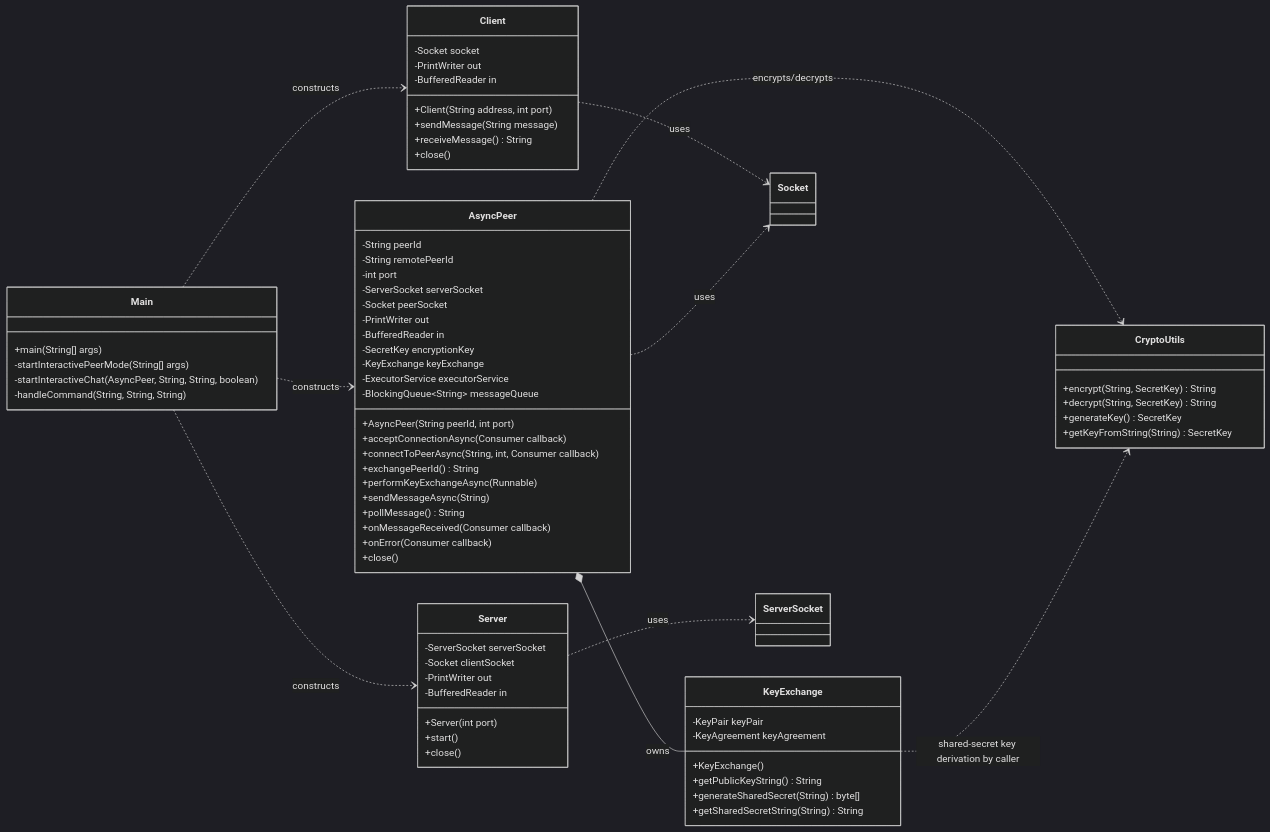
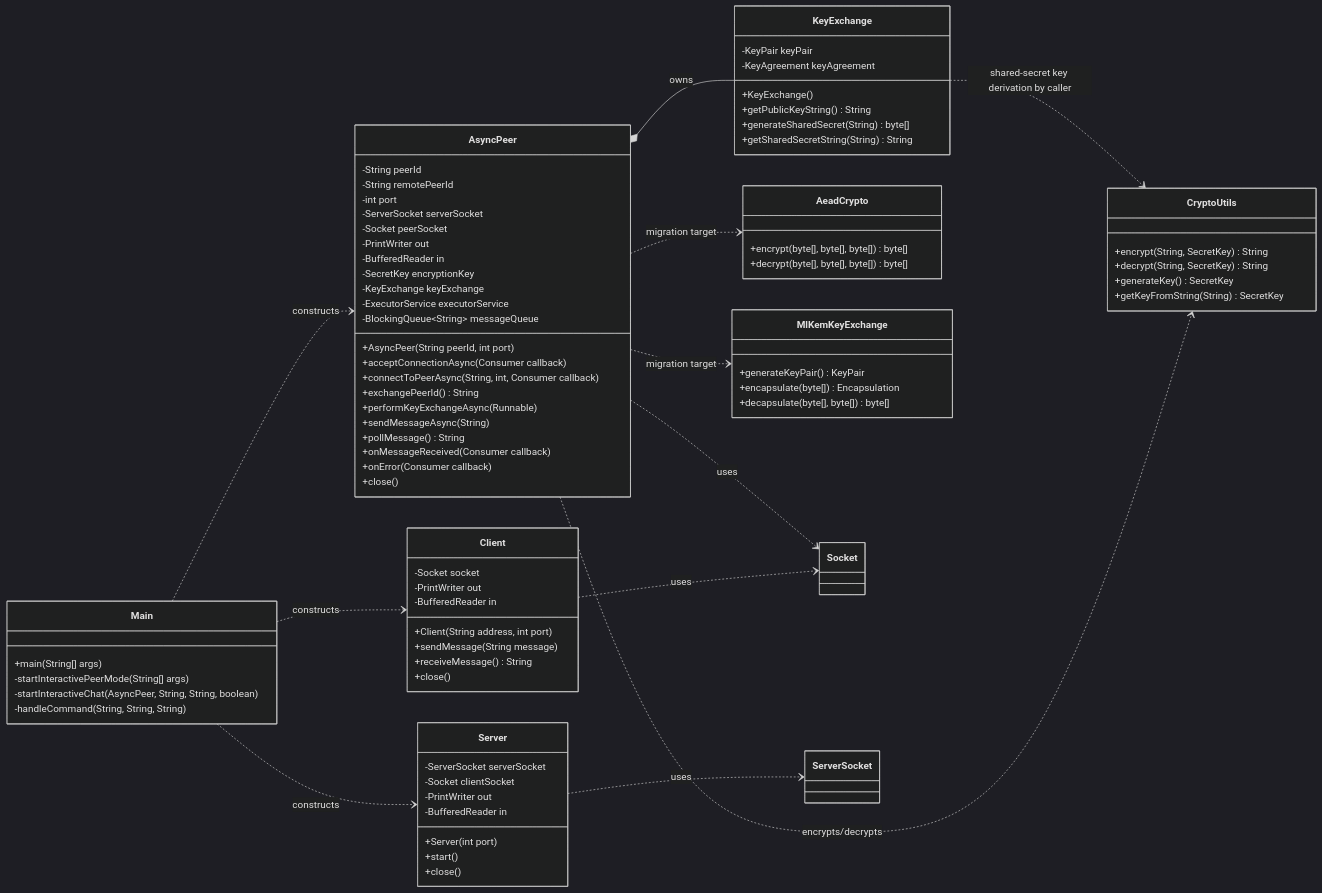
One commit to fl4nk3r-h/secureP2P-Java changed the second of 5 diagrams in docs/module-level-design.md. Above: the diagram before and after it, drawn with Mermaid (dark theme). The commit also changed other lines of this file, not shown here.

Commit message:
Update module-level design documentation to reflect new PQC classes and responsibilities

```diff
--- a/docs/module-level-design.md
+++ b/docs/module-level-design.md
@@ -136,12 +138,25 @@
         +getSharedSecretString(String) String
     }
 
+    class AeadCrypto {
+        +encrypt(byte[], byte[], byte[]) byte[]
+        +decrypt(byte[], byte[], byte[]) byte[]
+    }
+
+    class MlKemKeyExchange {
+        +generateKeyPair() KeyPair
+        +encapsulate(byte[]) Encapsulation
+        +decapsulate(byte[], byte[]) byte[]
+    }
+
     Main ..> Client : constructs
     Main ..> Server : constructs
     Main ..> AsyncPeer : constructs
     AsyncPeer *-- KeyExchange : owns
     AsyncPeer ..> CryptoUtils : encrypts/decrypts
     KeyExchange ..> CryptoUtils : shared-secret key derivation by caller
+    AsyncPeer ..> AeadCrypto : migration target
+    AsyncPeer ..> MlKemKeyExchange : migration target
     Client ..> Socket : uses
     Server ..> ServerSocket : uses
     AsyncPeer ..> Socket : uses
```
